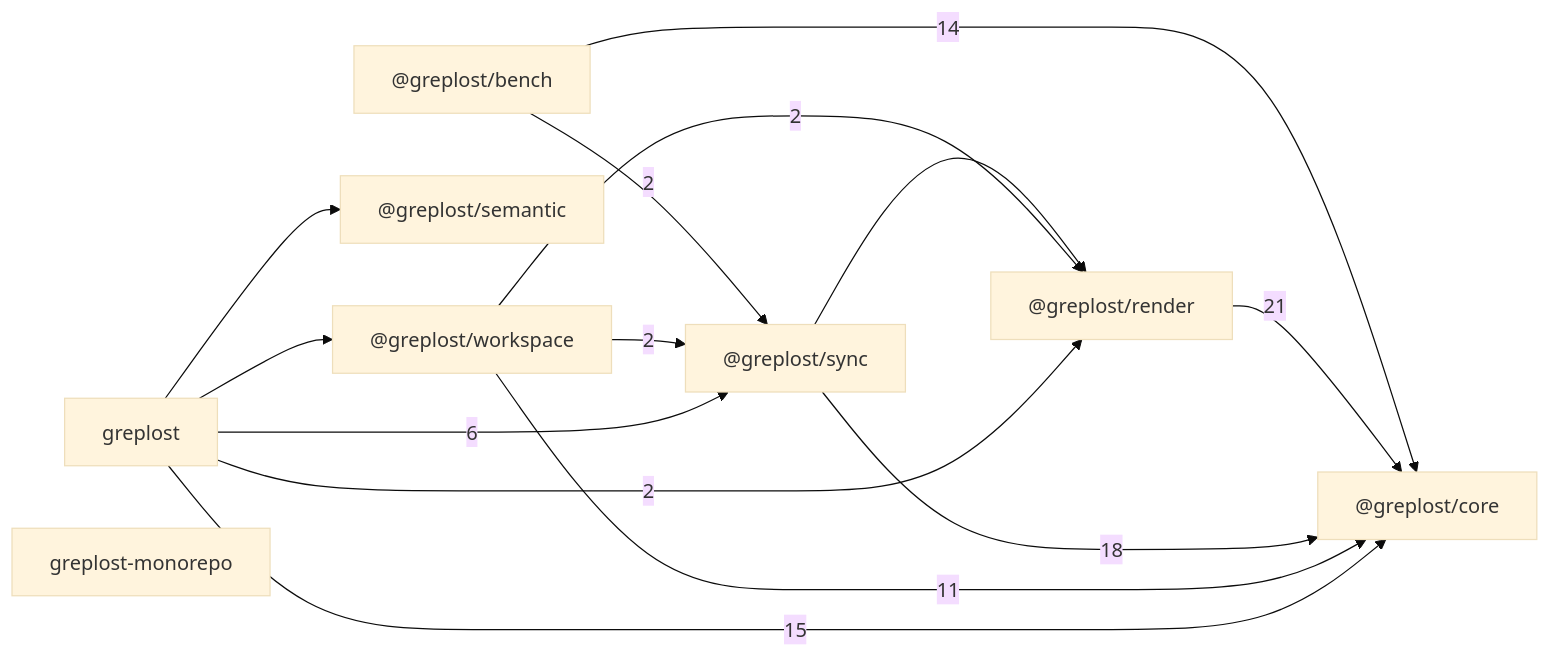
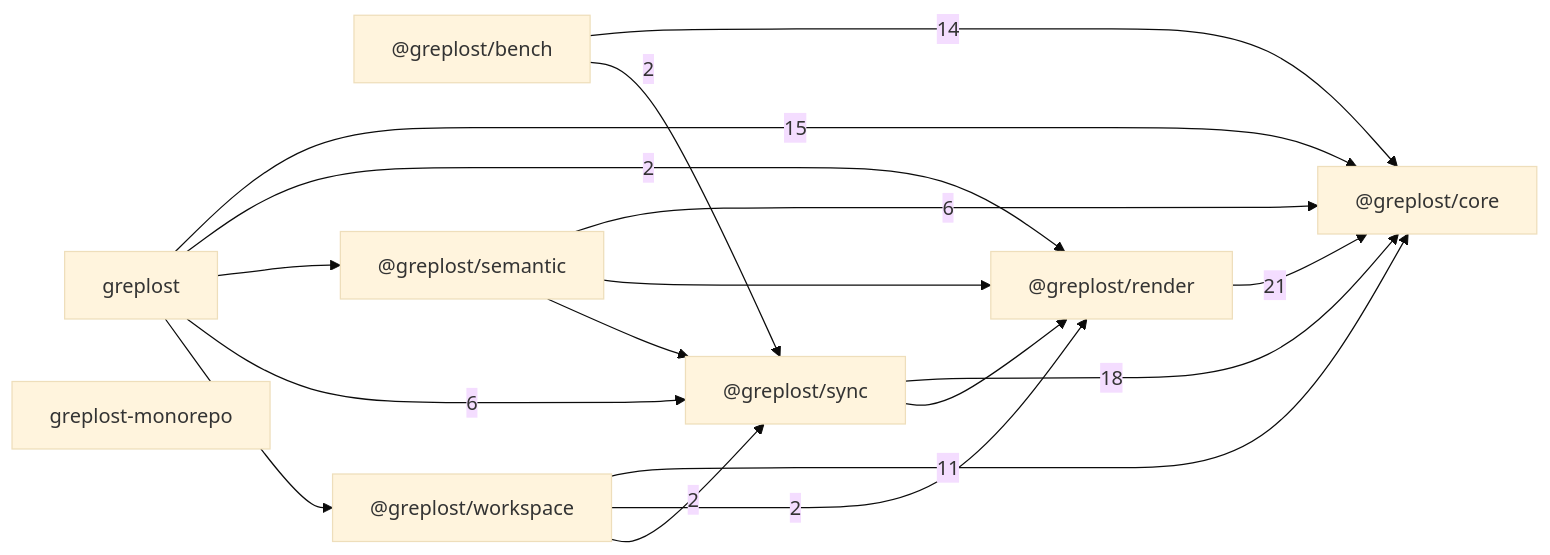
The diagram in .greplost/repo/MAP.md (sns45/greplost), drawn with Mermaid (base theme) before and after one commit. The commit also changed other lines of this file and 76 other files, not shown here.

````diff
--- a/.greplost/repo/MAP.md
+++ b/.greplost/repo/MAP.md
@@ -21,24 +21,27 @@
 ```mermaid
 graph LR
   _greplost_bench["@greplost/bench"]
   _greplost_core["@greplost/core"]
   _greplost_render["@greplost/render"]
   _greplost_semantic["@greplost/semantic"]
   _greplost_sync["@greplost/sync"]
   _greplost_workspace["@greplost/workspace"]
   greplost["greplost"]
   greplost_monorepo["greplost-monorepo"]
   _greplost_bench -->|14| _greplost_core
   _greplost_bench -->|2| _greplost_sync
   _greplost_render -->|21| _greplost_core
+  _greplost_semantic -->|6| _greplost_core
+  _greplost_semantic --> _greplost_render
+  _greplost_semantic --> _greplost_sync
   _greplost_sync -->|18| _greplost_core
   _greplost_sync --> _greplost_render
   _greplost_workspace -->|11| _greplost_core
   _greplost_workspace -->|2| _greplost_render
   _greplost_workspace -->|2| _greplost_sync
   greplost -->|15| _greplost_core
   greplost -->|2| _greplost_render
   greplost --> _greplost_semantic
   greplost -->|6| _greplost_sync
   greplost --> _greplost_workspace
 ```
````
